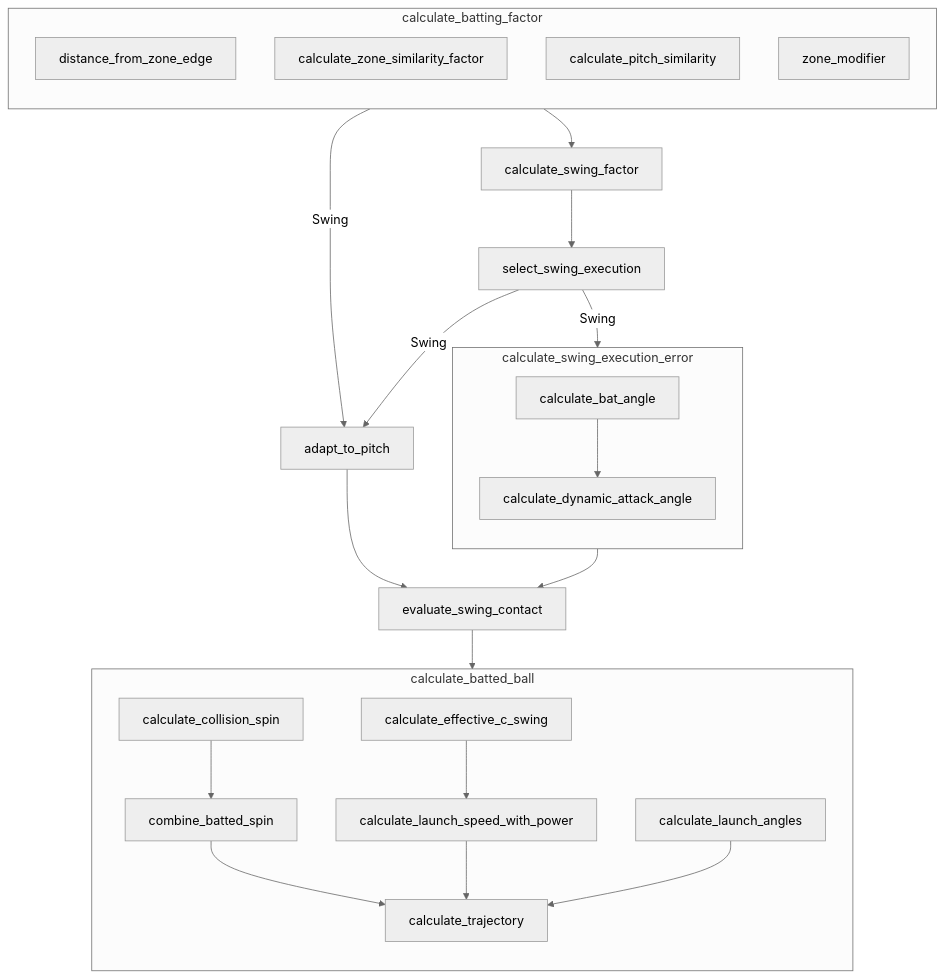
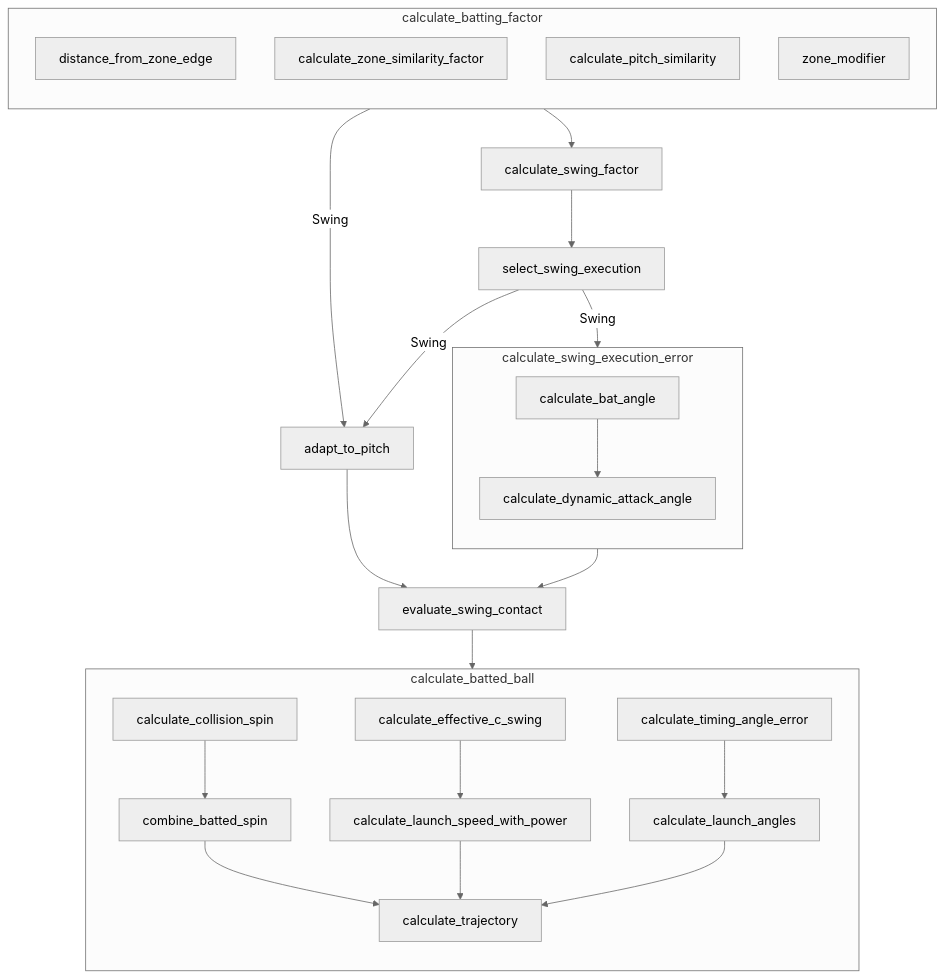
Before and after one commit to torafugu/saberbb: the diagram in docs/mmd/batting_diagram.mmd, drawn with Mermaid (neutral theme). The commit also changed 26 other files, not shown here.

Commit message:
calculate_launch_angles was updated.

```diff
--- a/docs/mmd/batting_diagram.mmd
+++ b/docs/mmd/batting_diagram.mmd
@@ -1,28 +1,28 @@
 flowchart TD
     
     subgraph calculate_batting_factor
         direction TB
         distance_from_zone_edge
         calculate_zone_similarity_factor
         calculate_pitch_similarity
         zone_modifier
     end
     
     calculate_batting_factor --> |Swing|adapt_to_pitch
     calculate_batting_factor --> calculate_swing_factor
     calculate_swing_factor --> select_swing_execution
     select_swing_execution --> |Swing|adapt_to_pitch --> evaluate_swing_contact
     select_swing_execution --> |Swing|calculate_swing_execution_error --> evaluate_swing_contact
     evaluate_swing_contact --> calculate_batted_ball
 
     subgraph calculate_swing_execution_error
         direction TB
         calculate_bat_angle --> calculate_dynamic_attack_angle
     end
 
     subgraph calculate_batted_ball
         direction TB
         calculate_collision_spin --> combine_batted_spin --> calculate_trajectory
         calculate_effective_c_swing --> calculate_launch_speed_with_power --> calculate_trajectory
-        calculate_launch_angles --> calculate_trajectory
+        calculate_timing_angle_error --> calculate_launch_angles --> calculate_trajectory
     end
```
